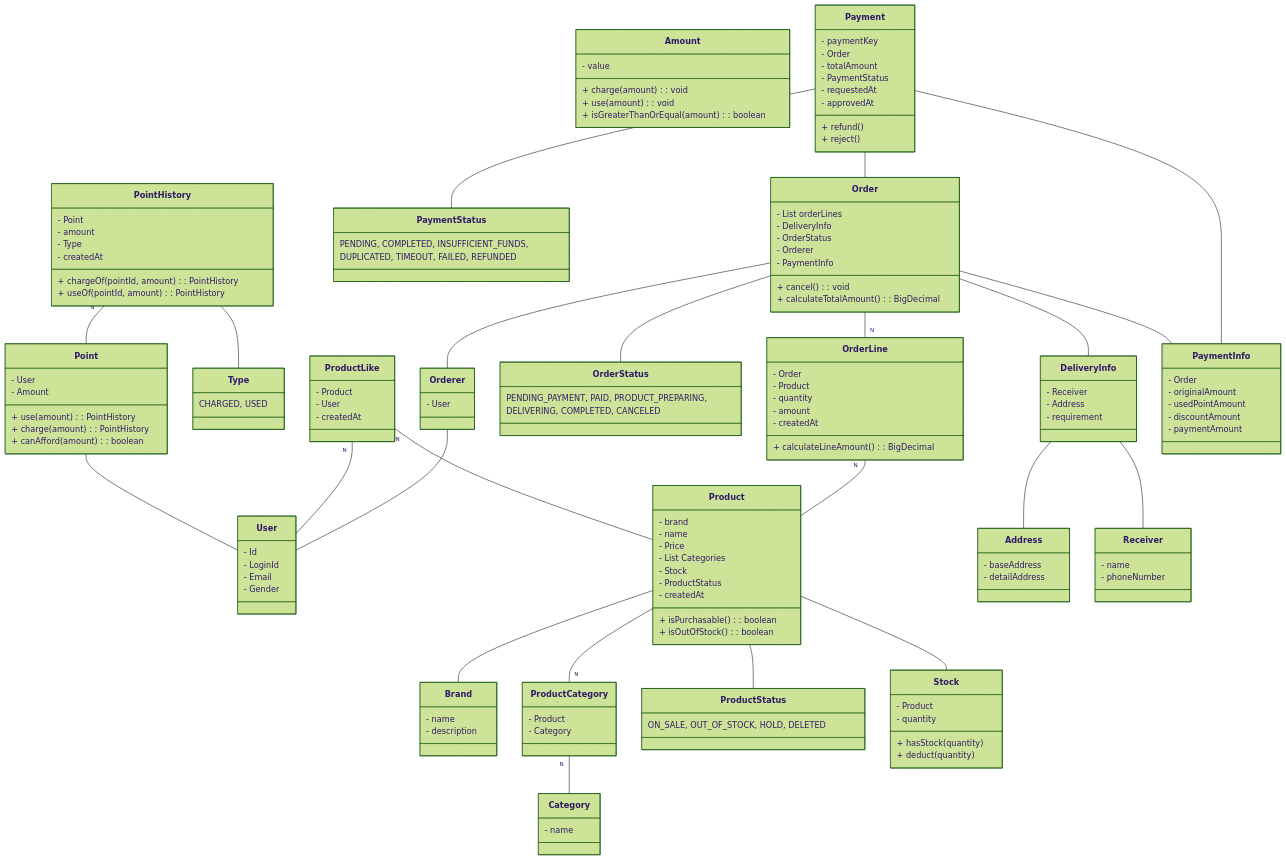
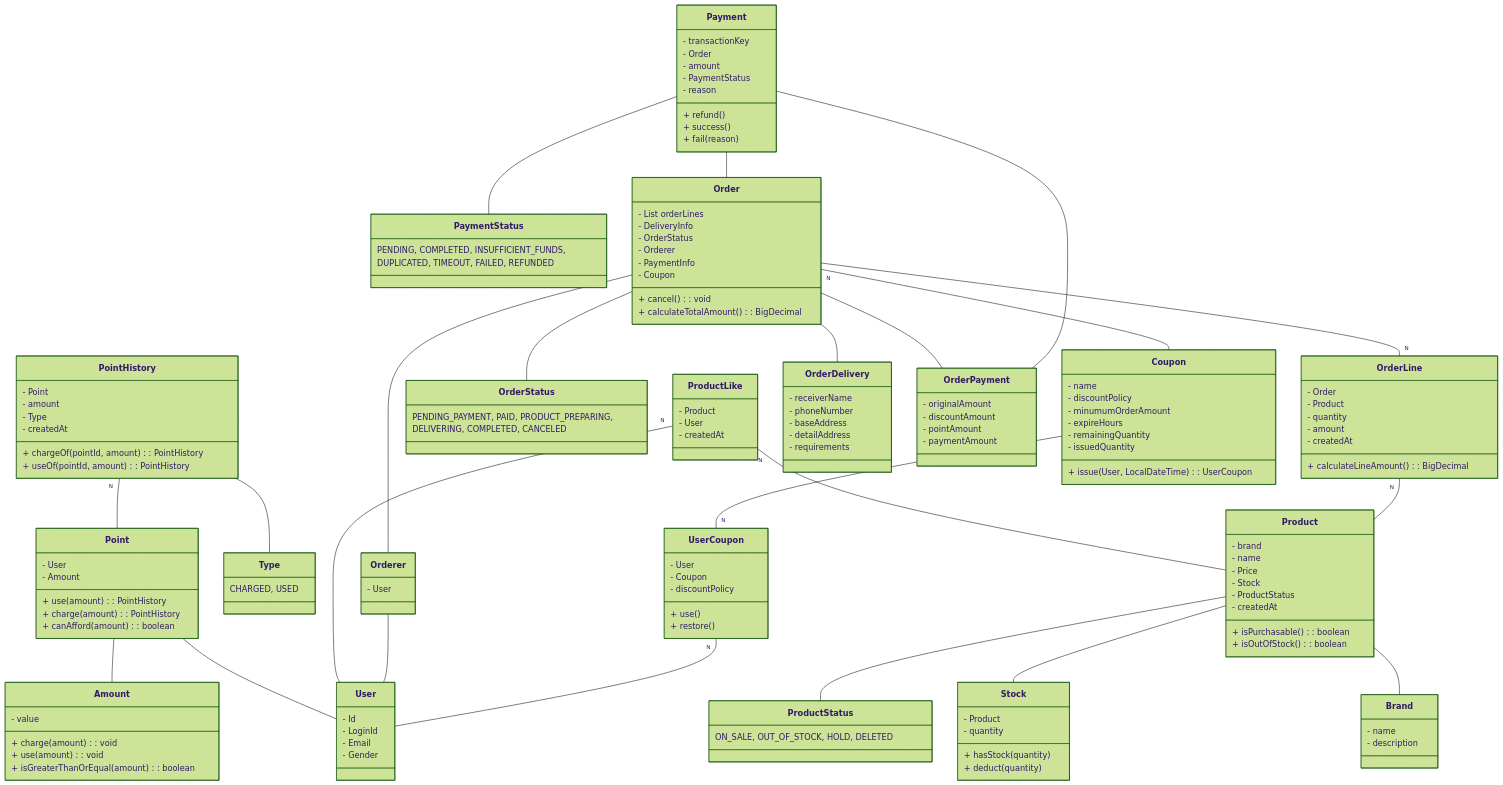
The diagram in docs/design/03-class-diagrams.md (hgh1472/loopers), drawn with Mermaid (forest theme) before and after one commit.

Commit message:
docs: 클래스 다이어그램 수정

````diff
--- a/docs/design/03-class-diagrams.md
+++ b/docs/design/03-class-diagrams.md
@@ -4,12 +4,6 @@
 ```mermaid
 classDiagram
     %% 사용자 및 포인트 관련
-    class User {
-        - Id
-        - LoginId
-        - Email
-        - Gender
-    }
     class Point {
         - User
         - Amount
@@ -34,18 +28,17 @@
     class Type {
         CHARGED, USED
     }
+    class User {
+        - Id
+        - LoginId
+        - Email
+        - Gender
+    }
 
     %% 상품 관련
     class Brand {
         - name
         - description
-    }
-    class Category {
-        - name
-    }
-    class ProductCategory {
-        - Product
-        - Category
     }
     class ProductStatus {
         ON_SALE, OUT_OF_STOCK, HOLD, DELETED
@@ -60,7 +53,6 @@
         - brand
         - name
         - Price
-        - List Categories
         - Stock
         - ProductStatus
         - createdAt
@@ -89,38 +81,31 @@
         - createdAt
         + calculateLineAmount() : BigDecimal
     }
-    class Address {
+    class OrderDelivery {
+        - receiverName
+        - phoneNumber
         - baseAddress
         - detailAddress
-    }
-    class Receiver {
-        - name
-        - phoneNumber
-    }
-    class DeliveryInfo {
-        - Receiver
-        - Address
-        - requirement
+        - requirements
     }
     class PaymentStatus {
         PENDING, COMPLETED, INSUFFICIENT_FUNDS,
         DUPLICATED, TIMEOUT, FAILED, REFUNDED
     }
     class Payment {
-        - paymentKey
+        - transactionKey
         - Order
-        - totalAmount
+        - amount
         - PaymentStatus
-        - requestedAt
-        - approvedAt
+        - reason
         + refund()
-        + reject()
+        + success()
+        + fail(reason)
     }
-    class PaymentInfo {
-        - Order
+    class OrderPayment {
         - originalAmount
-        - usedPointAmount
         - discountAmount
+        - pointAmount
         - paymentAmount
     }
     class Order {
@@ -129,18 +114,36 @@
         - OrderStatus
         - Orderer
         - PaymentInfo
+        - Coupon
         + cancel() : void
         + calculateTotalAmount() : BigDecimal
+    }
+    
+    class Coupon {
+        - name
+        - discountPolicy
+        - minumumOrderAmount
+        - expireHours
+        - remainingQuantity
+        - issuedQuantity
+        + issue(User, LocalDateTime) : UserCoupon
+    }
+    
+    class UserCoupon {
+        - User
+        - Coupon
+        - discountPolicy
+        + use()
+        + restore()
     }
 
     %% 관계 정의
     Point -- User
+    Point -- Amount
     PointHistory "N" -- Point
     PointHistory -- Type
 
     Product -- Brand
-    Product -- "N" ProductCategory
-    ProductCategory "N" -- Category
     Product -- Stock
     Product -- ProductStatus
     ProductLike "N" -- Product
@@ -150,15 +153,15 @@
     Order -- Orderer
     Order -- "N" OrderLine
     Order -- OrderStatus
-    Order -- DeliveryInfo
-    Order -- PaymentInfo
+    Order -- OrderDelivery
+    Order -- OrderPayment
     OrderLine "N" -- Product
 
-    DeliveryInfo -- Receiver
-    DeliveryInfo -- Address
-
-    PaymentInfo -- Payment
+    OrderPayment -- Payment
     Payment -- PaymentStatus
     Payment -- Order
     
+    Coupon -- "N" UserCoupon
+    Order "N" -- Coupon
+    UserCoupon "N" -- User
 ```
````
